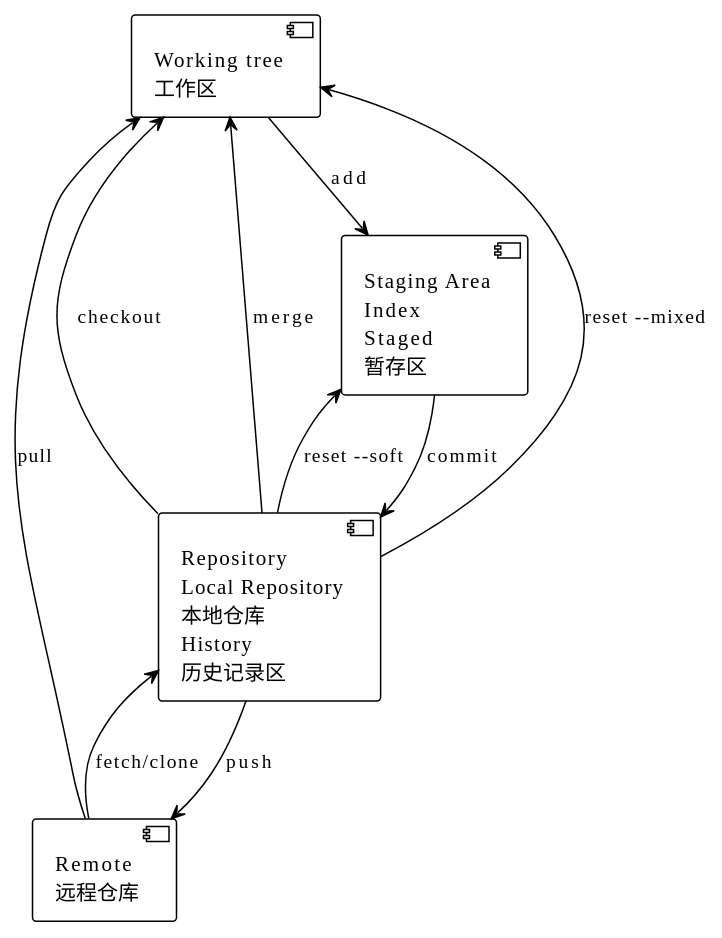
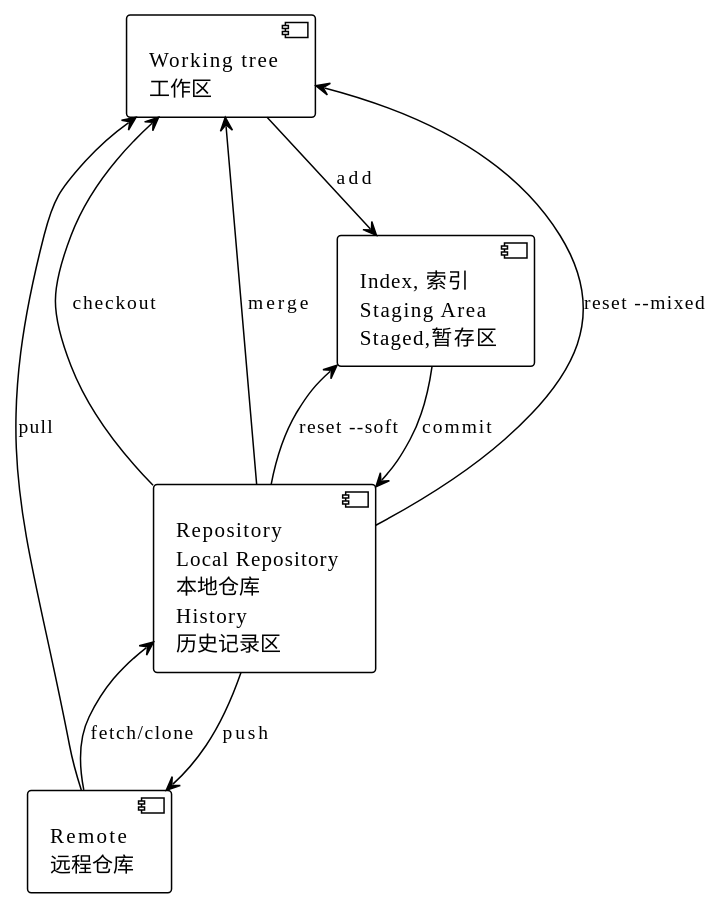
One commit to wiloon/blog changed the diagram in content/post/archive-3/git.md. Above: the diagram before and after it, drawn with PlantUML. The commit also changed other lines of this file and 2 other files, not shown here.

Commit message:
git branch

````diff
--- a/content/post/archive-3/git.md
+++ b/content/post/archive-3/git.md
@@ -14,18 +14,18 @@
 ```puml
 @startuml
 !theme plain
 [Working tree\n工作区] as work
-[Staging Area\nIndex\nStaged\n暂存区] as stage
+[Index, 索引\nStaging Area\nStaged,暂存区] as stage
 work --> stage: add
 [Repository\nLocal Repository\n本地仓库\nHistory\n历史记录区] as repo
 stage --> repo: commit
 [Remote\n远程仓库] as remote
 repo --> remote: push
 work <-- remote: pull
 remote --> repo: fetch/clone
 repo --> work: checkout
 repo --> work: merge
 repo --> stage: reset --soft
 repo --> work: reset --mixed
 @enduml
 ```
````
